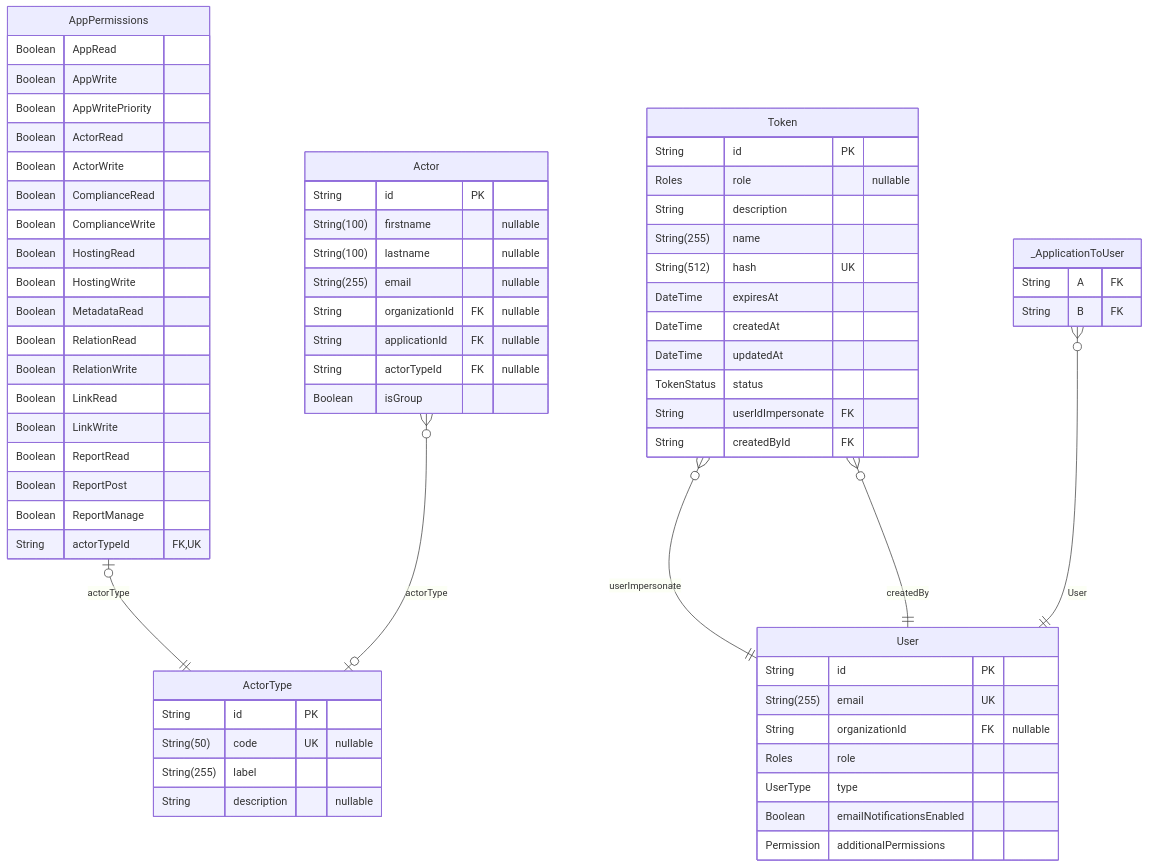
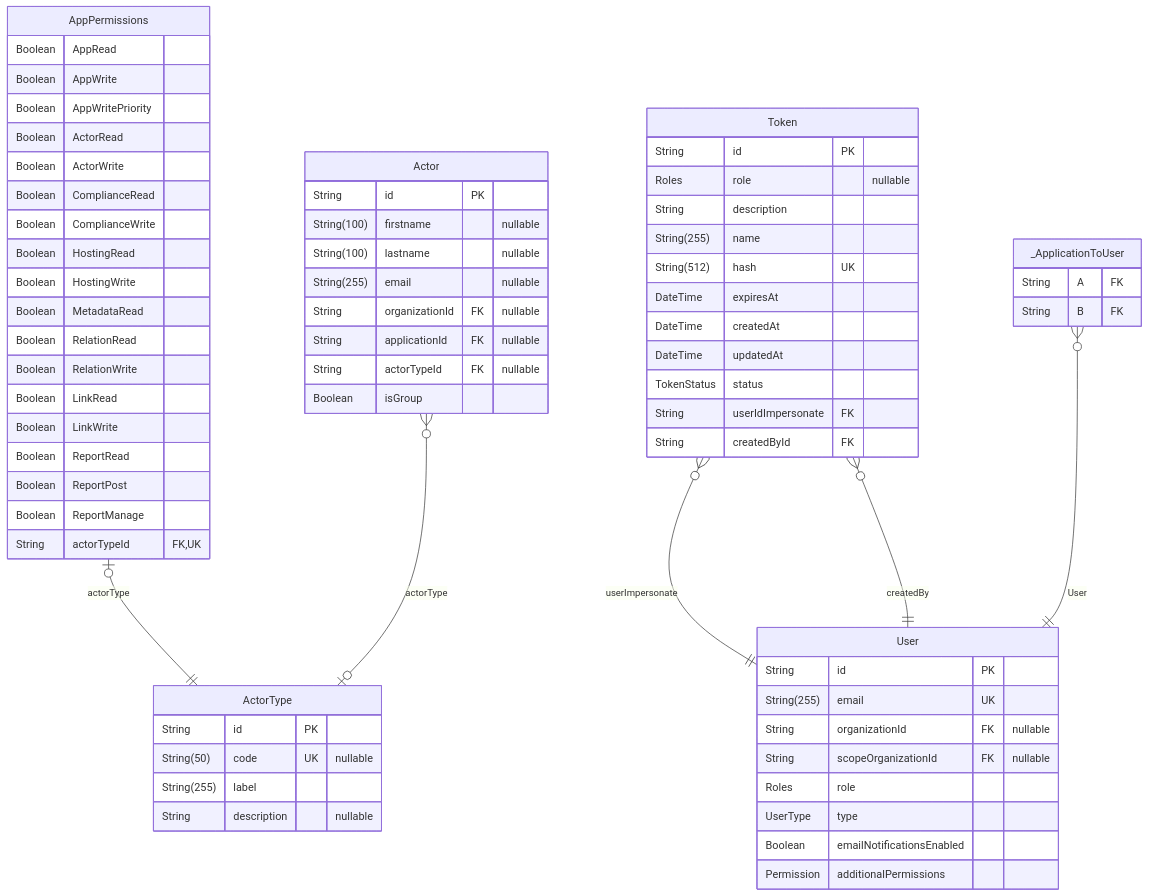
The tenth of 13 diagrams in backend/prisma/docs/schema.md (dnum-mi/referentiel-applications), drawn with Mermaid before and after one commit. The commit also changed other lines of this file and 18 other files, not shown here.

````diff
--- a/backend/prisma/docs/schema.md
+++ b/backend/prisma/docs/schema.md
@@ -713,70 +713,71 @@
 ```mermaid
 erDiagram
 "AppPermissions" {
   Boolean AppRead
   Boolean AppWrite
   Boolean AppWritePriority
   Boolean ActorRead
   Boolean ActorWrite
   Boolean ComplianceRead
   Boolean ComplianceWrite
   Boolean HostingRead
   Boolean HostingWrite
   Boolean MetadataRead
   Boolean RelationRead
   Boolean RelationWrite
   Boolean LinkRead
   Boolean LinkWrite
   Boolean ReportRead
   Boolean ReportPost
   Boolean ReportManage
   String actorTypeId FK,UK
 }
 "Token" {
   String id PK
   Roles role "nullable"
   String description
   String(255) name
   String(512) hash UK
   DateTime expiresAt
   DateTime createdAt
   DateTime updatedAt
   TokenStatus status
   String userIdImpersonate FK
   String createdById FK
 }
 "User" {
   String id PK
   String(255) email UK
   String organizationId FK "nullable"
+  String scopeOrganizationId FK "nullable"
   Roles role
   UserType type
   Boolean emailNotificationsEnabled
   Permission additionalPermissions
 }
 "Actor" {
   String id PK
   String(100) firstname "nullable"
   String(100) lastname "nullable"
   String(255) email "nullable"
   String organizationId FK "nullable"
   String applicationId FK "nullable"
   String actorTypeId FK "nullable"
   Boolean isGroup
 }
 "ActorType" {
   String id PK
   String(50) code UK "nullable"
   String(255) label
   String description "nullable"
 }
 "_ApplicationToUser" {
   String A FK
   String B FK
 }
 "AppPermissions" |o--|| "ActorType" : actorType
 "Token" }o--|| "User" : userImpersonate
 "Token" }o--|| "User" : createdBy
 "Actor" }o--o| "ActorType" : actorType
 "_ApplicationToUser" }o--|| "User" : User
 ```
````
